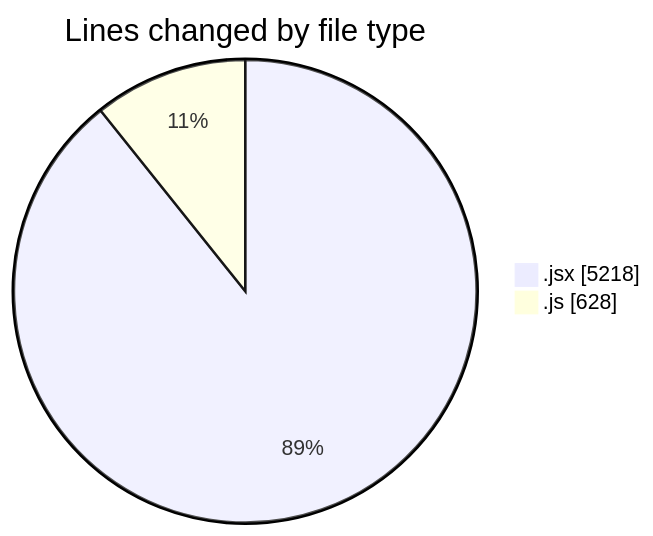
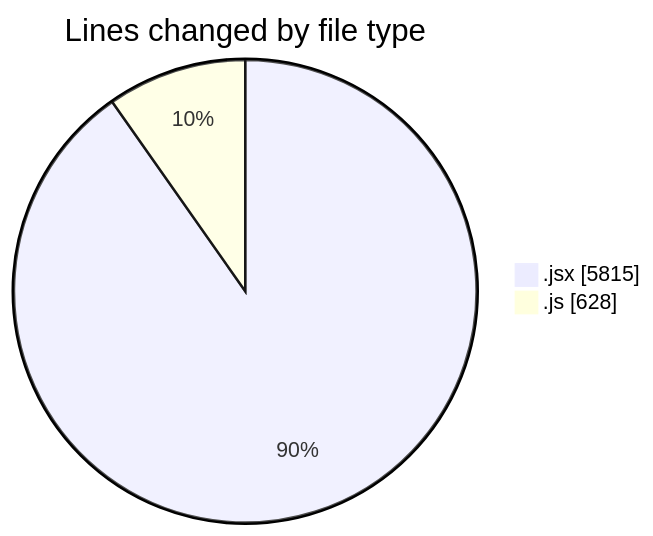
The first of 2 diagrams in 2025-09-25/nxtqube_webapp/README.md (nxtqubesakshisongat/code-tracking), drawn with Mermaid before and after one commit. The commit also changed other lines of this file and 1 other file, not shown here.

````diff
--- a/2025-09-25/nxtqube_webapp/README.md
+++ b/2025-09-25/nxtqube_webapp/README.md
@@ -22,6 +22,6 @@
 ```mermaid
 pie showData
 title Lines changed by file type
-".jsx" : 5218
+".jsx" : 5815
 ".js" : 628
 ```
````
